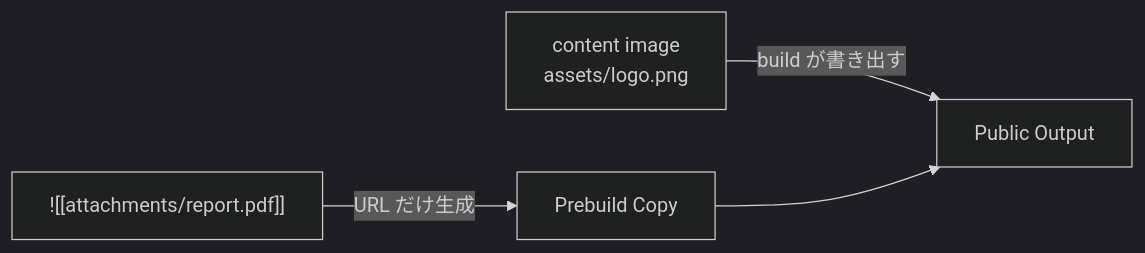
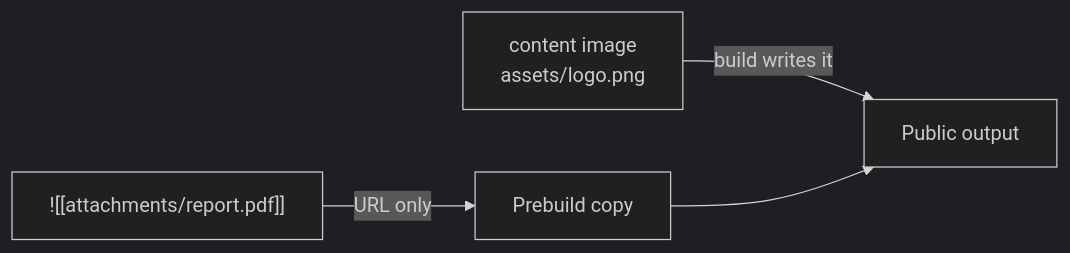
Before and after one commit to Rerurate514/riebeckite: the eighth of 10 diagrams in docs/docs/guides/content-repositories.md, drawn with Mermaid (dark theme). The commit also changed other lines of this file and 604 other files, not shown here.

````diff
--- a/docs/docs/guides/content-repositories.md
+++ b/docs/docs/guides/content-repositories.md
@@ -909,9 +418,9 @@
 ```mermaid
 flowchart LR
     Image["content image<br/>assets/logo.png"]
     Attach["![[attachments/report.pdf]]"]
 
-    Image -->|"build が書き出す"| Output["Public Output"]
-    Attach -->|"URL だけ生成"| Prebuild["Prebuild Copy"]
+    Image -->|"build writes it"| Output["Public output"]
+    Attach -->|"URL only"| Prebuild["Prebuild copy"]
     Prebuild --> Output
 ```
````
